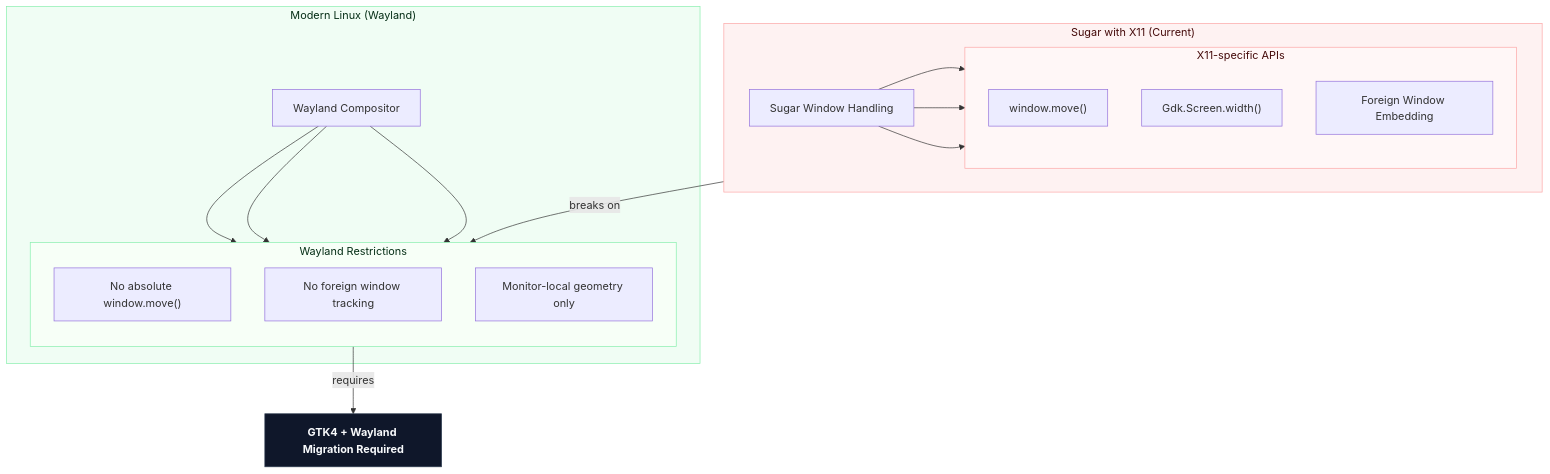
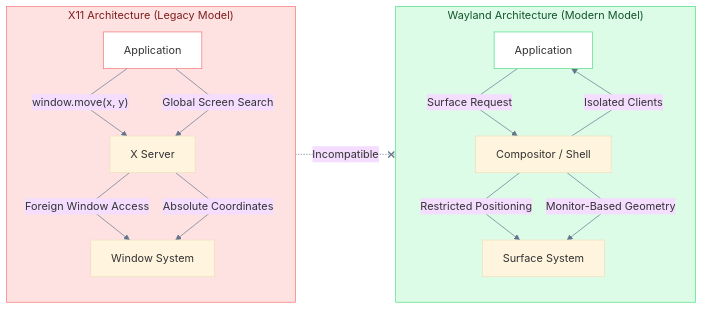
Before and after one commit to Dev10-sys/sugar-proposal-gtk: the ninth of 13 diagrams in proposal.md, drawn with Mermaid. The commit also changed other lines of this file, not shown here.

Commit message:
docs: Upgrade all GSoC proposal diagrams to professional engineering standards with GTK4/Wayland focused architecture

````diff
--- a/proposal.md
+++ b/proposal.md
@@ -595,43 +660,34 @@
 ```mermaid
-flowchart TD
-    subgraph LegacyEnv ["Sugar with X11 (Current)"]
-        OldSugar["Sugar Window Handling"]
-
-        subgraph X11APIs ["X11-specific APIs"]
-            direction TB
-            WindowMove["window.move()"]
-            ScreenSize["Gdk.Screen.width()"]
-            ForeignWindows["Foreign Window Embedding"]
-        end
-
-        OldSugar --> WindowMove
-        OldSugar --> ScreenSize
-        OldSugar --> ForeignWindows
+%%{init: {'theme': 'base', 'themeVariables': {'lineColor': '#64748b'}, 'flowchart': {'curve': 'linear'}}}%%
+flowchart LR
+    subgraph X11_ARC ["X11 Architecture (Legacy Model)"]
+        direction TB
+        X_App["Application"]
+        X_Window["Window System"]
+        X_Server["X Server"]
+        
+        X_App -->|"window.move(x, y)"| X_Server
+        X_App -->|"Global Screen Search"| X_Server
+        X_Server -->|"Foreign Window Access"| X_Window
+        X_Server -->|"Absolute Coordinates"| X_Window
     end
 
-    subgraph ModernEnv ["Modern Linux (Wayland)"]
-        Wayland["Wayland Compositor"]
-
-        subgraph Restrictions ["Wayland Restrictions"]
-            direction TB
-            R1["No absolute window.move()"]
-            R2["No foreign window tracking"]
-            R3["Monitor-local geometry only"]
-        end
-
-        Wayland --> R1
-        Wayland --> R2
-        Wayland --> R3
+    subgraph WAYLAND_ARC ["Wayland Architecture (Modern Model)"]
+        direction TB
+        W_App["Application"]
+        W_Surface["Surface System"]
+        W_Comp["Compositor / Shell"]
+        
+        W_App -->|"Surface Request"| W_Comp
+        W_Comp -->|"Restricted Positioning"| W_Surface
+        W_Comp -->|"Monitor-Based Geometry"| W_Surface
+        W_Comp -->|"Isolated Clients"| W_App
     end
 
-    LegacyEnv -->|breaks on| Restrictions
-    Restrictions -->|requires| Result
+    X11_ARC -.-x|"Incompatible"| WAYLAND_ARC
 
-    Result["GTK4 + Wayland Migration Required"]
-
-    style LegacyEnv fill:#fef2f2,stroke:#fca5a5,color:#450a0a
-    style X11APIs fill:#fff7f7,stroke:#fca5a5,color:#450a0a
-    style ModernEnv fill:#f0fdf4,stroke:#86efac,color:#052e16
-    style Restrictions fill:#f7fff7,stroke:#86efac,color:#052e16
-    style Result fill:#0f172a,stroke:#334155,color:#f8fafc,font-weight:bold
+    style X11_ARC fill:#fee2e2,stroke:#f87171,color:#7f1d1d
+    style WAYLAND_ARC fill:#dcfce7,stroke:#4ade80,color:#14532d
+    style X_App fill:#ffffff,stroke:#f87171
+    style W_App fill:#ffffff,stroke:#4ade80
 ```
````
